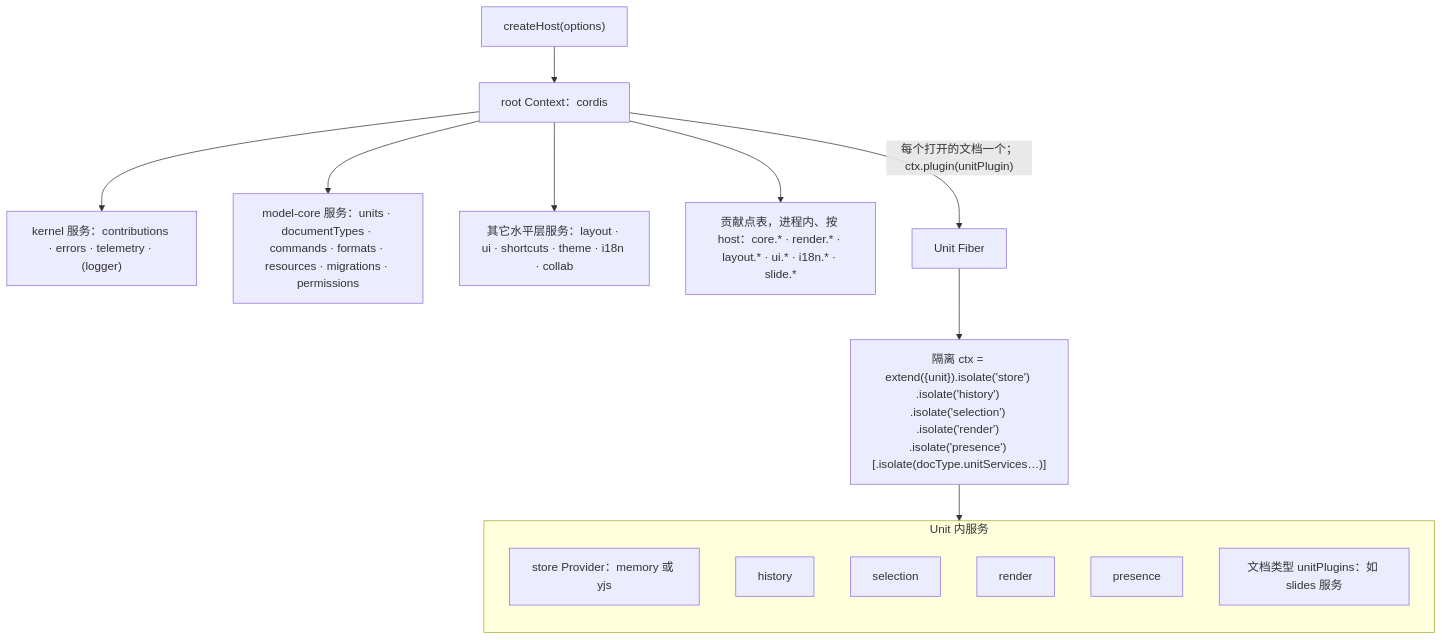
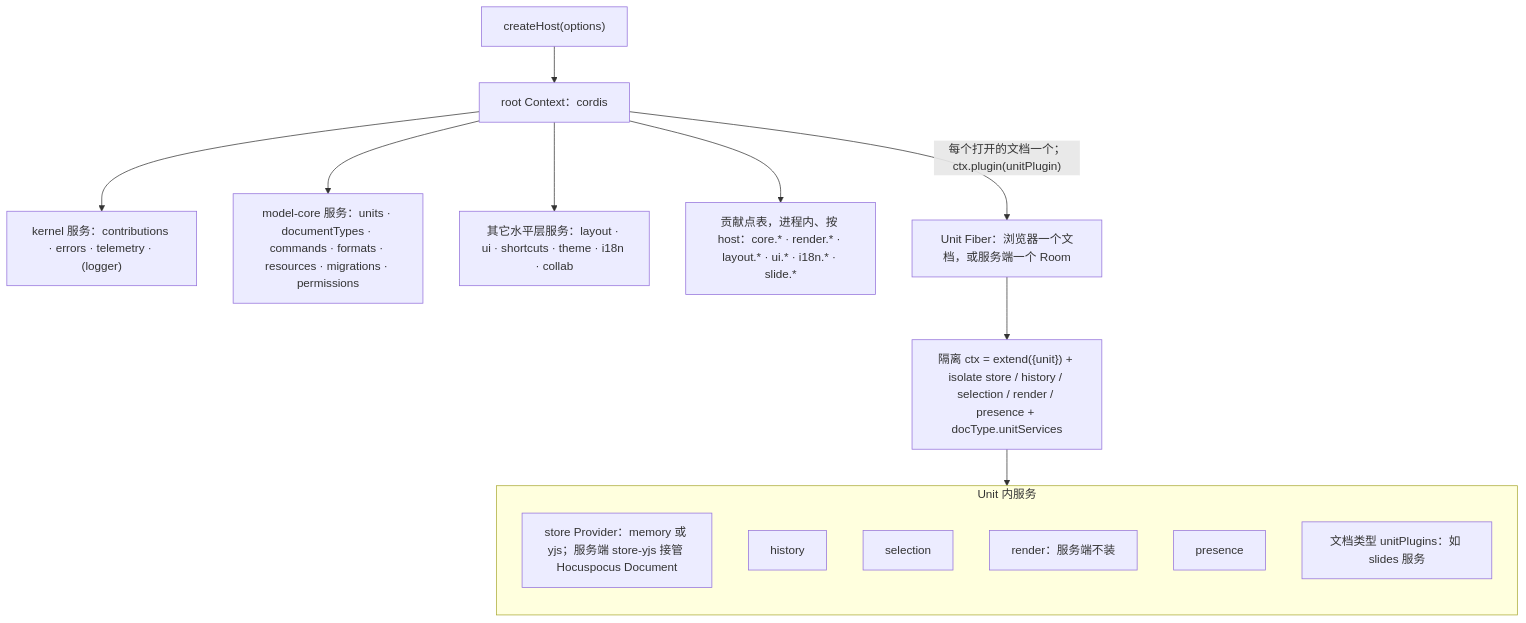
Before and after one commit to Xeonice/cordis-ppt-editor: diagram 17 of 18 in docs/30-architecture/01-overview.md, drawn with Mermaid. The commit also changed other lines of this file and 78 other files, not shown here.

````diff
--- a/docs/30-architecture/01-overview.md
+++ b/docs/30-architecture/01-overview.md
@@ -331,20 +688,20 @@
 ```mermaid
 flowchart TB
   createHost["createHost#40;options#41;"] --> root["root Context：cordis"]
   root --> kernelSvc["kernel 服务：contributions · errors · telemetry · #40;logger#41;"]
   root --> coreSvc["model-core 服务：units · documentTypes · commands · formats · resources · migrations · permissions"]
   root --> otherSvc["其它水平层服务：layout · ui · shortcuts · theme · i18n · collab"]
   root --> points["贡献点表，进程内、按 host：core.* · render.* · layout.* · ui.* · i18n.* · slide.*"]
-  root -- "每个打开的文档一个；ctx.plugin#40;unitPlugin#41;" --> unitFiber["Unit Fiber"]
-  unitFiber --> isoCtx["隔离 ctx = extend#40;#123;unit#125;#41;.isolate#40;'store'#41; .isolate#40;'history'#41; .isolate#40;'selection'#41; .isolate#40;'render'#41; .isolate#40;'presence'#41; #91;.isolate#40;docType.unitServices…#41;#93;"]
+  root -- "每个打开的文档一个；ctx.plugin#40;unitPlugin#41;" --> unitFiber["Unit Fiber：浏览器一个文档，或服务端一个 Room"]
+  unitFiber --> isoCtx["隔离 ctx = extend#40;#123;unit#125;#41; + isolate store / history / selection / render / presence + docType.unitServices"]
   subgraph unitServices["Unit 内服务"]
     direction TB
-    storeP["store Provider：memory 或 yjs"]
+    storeP["store Provider：memory 或 yjs；服务端 store-yjs 接管 Hocuspocus Document"]
     historyS["history"]
     selectionS["selection"]
-    renderS["render"]
+    renderS["render：服务端不装"]
     presenceS["presence"]
     docPlugins["文档类型 unitPlugins：如 slides 服务"]
   end
   isoCtx --> unitServices
 ```
````
